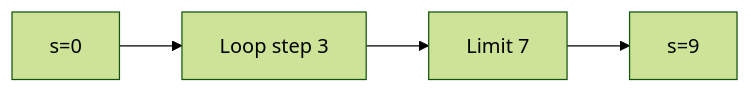
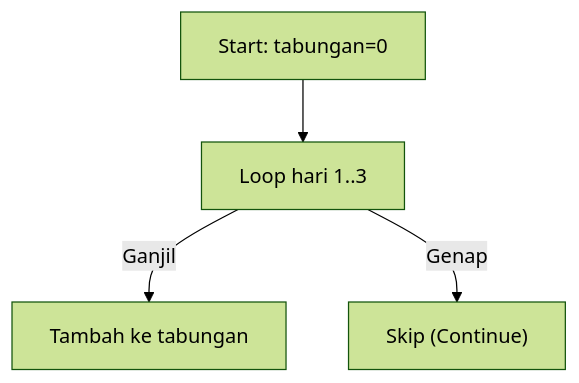
Before and after one commit to amnahwaida/OSNK_INF_PREP: diagram 15 of 25 in part-c-pemahaman-cpp/03-perulangan/latihan/set-10.md, drawn with Mermaid (forest theme). The commit also changed other lines of this file and 71 other files, not shown here.

````diff
--- a/part-c-pemahaman-cpp/03-perulangan/latihan/set-10.md
+++ b/part-c-pemahaman-cpp/03-perulangan/latihan/set-10.md
@@ -399,6 +472,6 @@
 ```mermaid
-graph LR
-A["s=0"] --> B["Loop step 3"]
-B --> C["Limit 7"]
-C --> D["s=9"]
+graph TD
+A["Start: tabungan=0"] --> B["Loop hari 1..3"]
+B -- Ganjil --> C["Tambah ke tabungan"]
+B -- Genap --> D["Skip (Continue)"]
 ```
````
